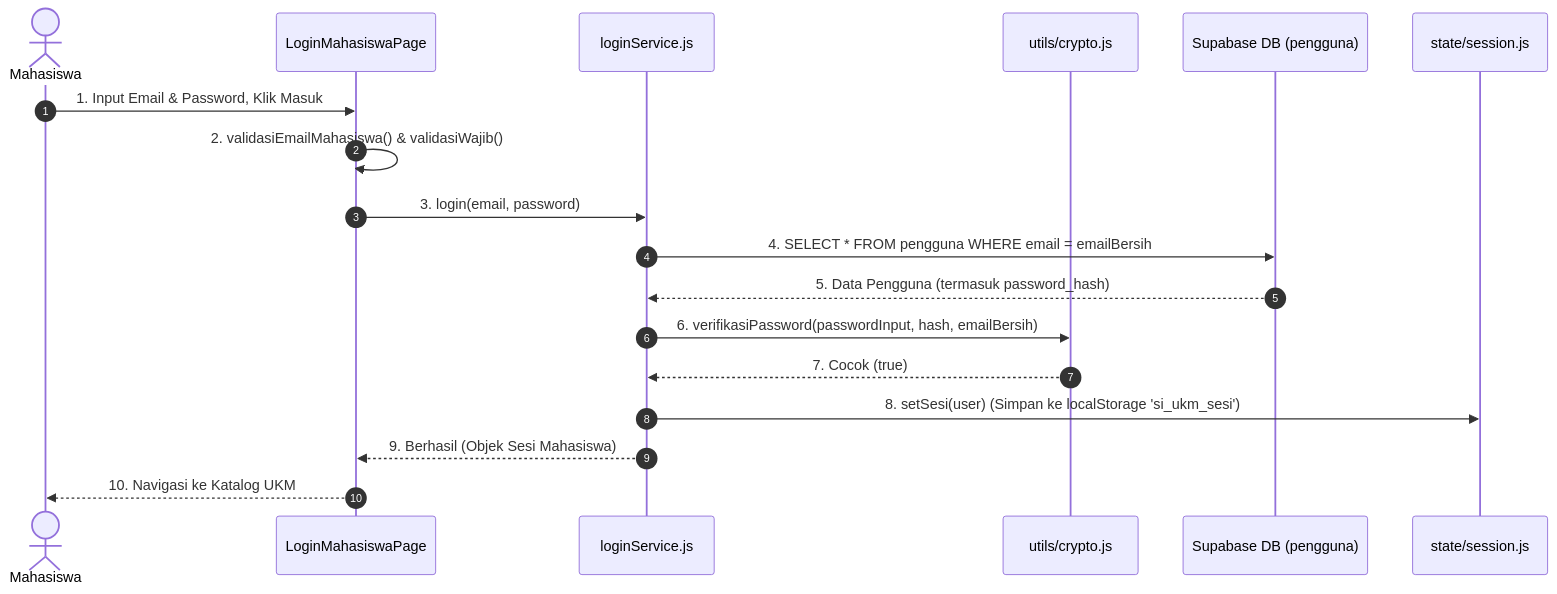
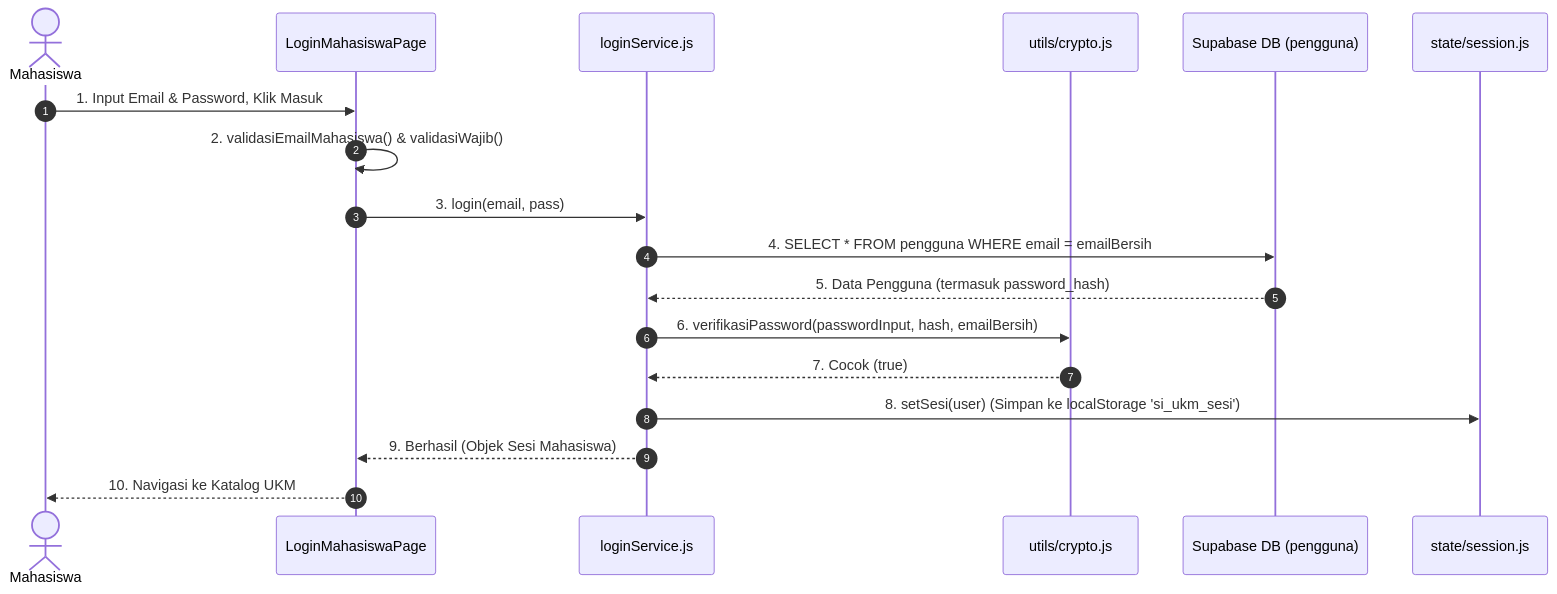
One commit to Cicatrixscar/SI-UKM-UB changed the second of 5 diagrams in docs/Bedah_Detail_Diagram_vs_Kode.md. Above: the diagram before and after it, drawn with Mermaid.

Commit message:
Update login parameter name in sequence diagram

````diff
--- a/docs/Bedah_Detail_Diagram_vs_Kode.md
+++ b/docs/Bedah_Detail_Diagram_vs_Kode.md
@@ -54,21 +54,21 @@
 ```mermaid
 sequenceDiagram
     autonumber
     actor Mahasiswa
     participant View as LoginMahasiswaPage
     participant Service as loginService.js
     participant Crypto as utils/crypto.js
     participant DB as Supabase DB (pengguna)
     participant State as state/session.js
 
     Mahasiswa->>View: 1. Input Email & Password, Klik Masuk
     View->>View: 2. validasiEmailMahasiswa() & validasiWajib()
-    View->>Service: 3. login(email, password)
+    View->>Service: 3. login(email, pass)
     Service->>DB: 4. SELECT * FROM pengguna WHERE email = emailBersih
     DB-->>Service: 5. Data Pengguna (termasuk password_hash)
     Service->>Crypto: 6. verifikasiPassword(passwordInput, hash, emailBersih)
     Crypto-->>Service: 7. Cocok (true)
     Service->>State: 8. setSesi(user) (Simpan ke localStorage 'si_ukm_sesi')
     Service-->>View: 9. Berhasil (Objek Sesi Mahasiswa)
     View-->>Mahasiswa: 10. Navigasi ke Katalog UKM
 ```
````
